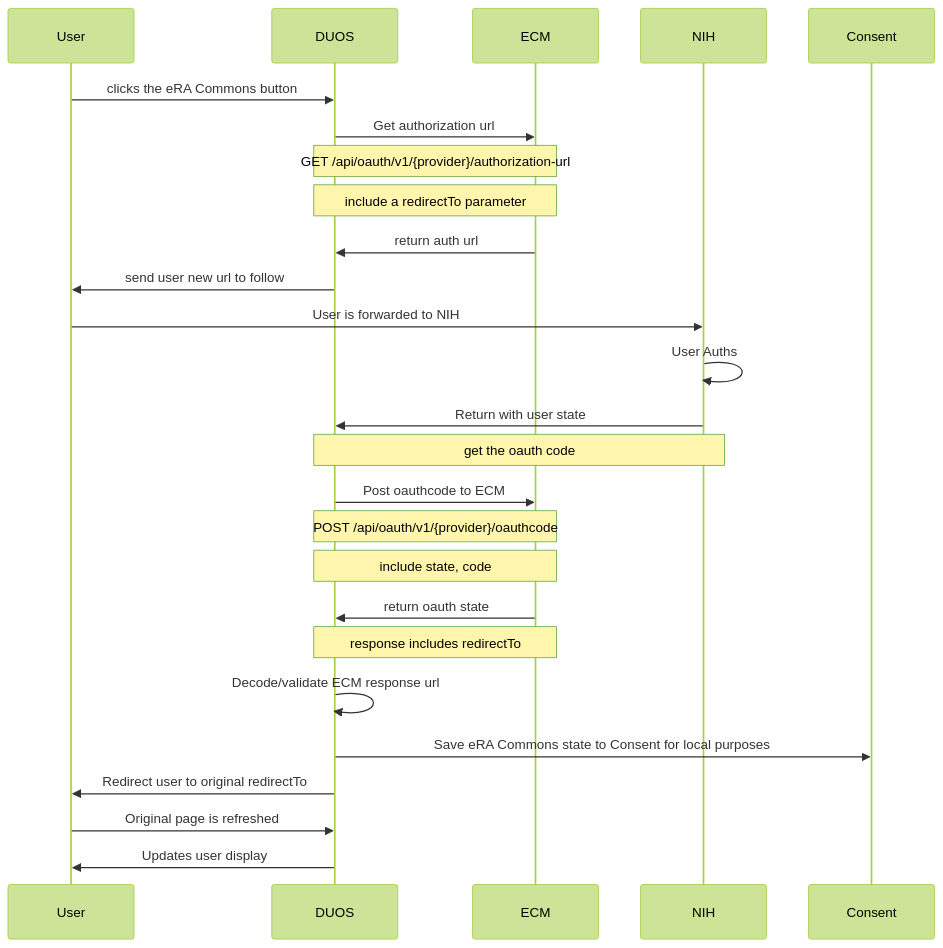
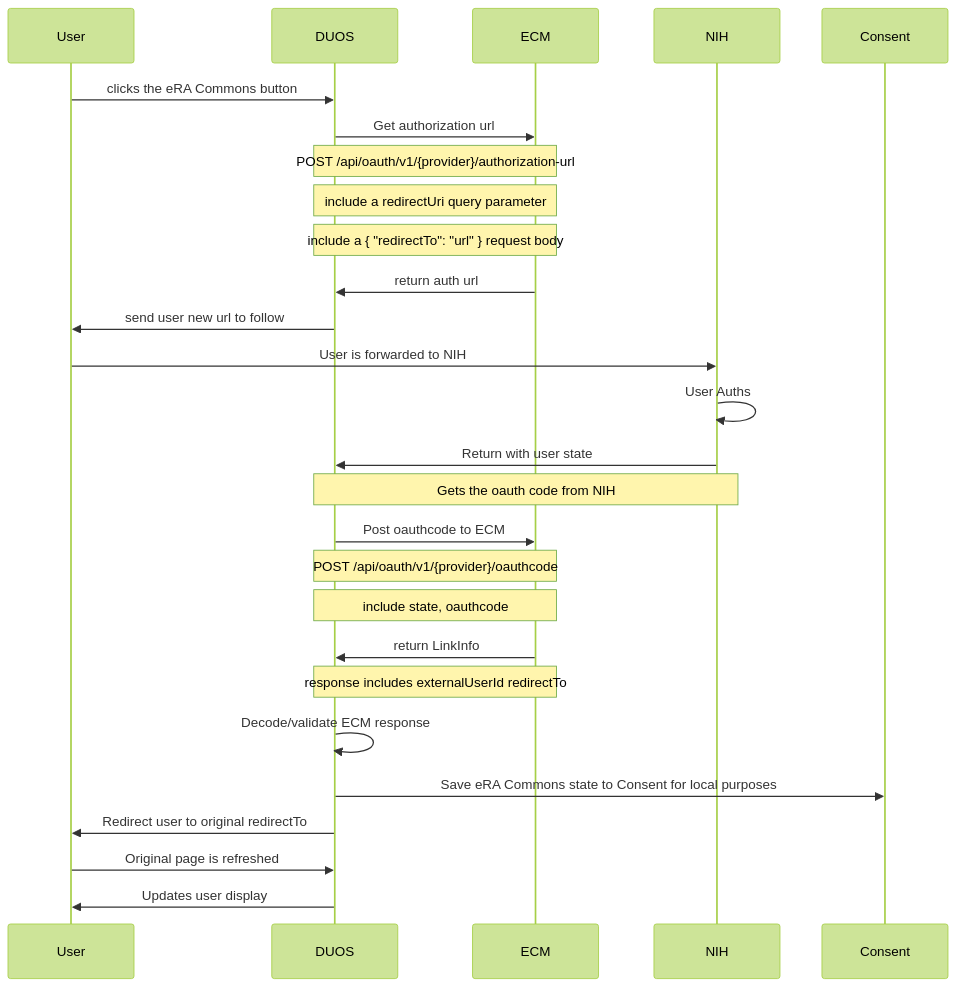
Before and after one commit to DataBiosphere/duos-ui: the diagram in docs/eRA_Commons.md, drawn with Mermaid.

Commit message:
doc: minor doc updates

````diff
--- a/docs/eRA_Commons.md
+++ b/docs/eRA_Commons.md
@@ -11,24 +11,25 @@
 ```mermaid
 %%{init: { 'theme': 'forest' } }%%
 sequenceDiagram
     User ->> DUOS: clicks the eRA Commons button
     DUOS ->> ECM: Get authorization url
-    Note over DUOS, ECM: GET /api/oauth/v1/{provider}/authorization-url
-    Note over DUOS, ECM: include a redirectTo parameter
+    Note over DUOS, ECM: POST /api/oauth/v1/{provider}/authorization-url
+    Note over DUOS, ECM: include a redirectUri query parameter
+    Note over DUOS, ECM: include a { "redirectTo": "url" } request body
     ECM ->> DUOS: return auth url
     DUOS ->> User: send user new url to follow
     User ->> NIH: User is forwarded to NIH
     NIH ->> NIH: User Auths
     NIH ->> DUOS: Return with user state
-    Note over DUOS, NIH: get the oauth code
+    Note over DUOS, NIH: Gets the oauth code from NIH
     DUOS ->> ECM: Post oauthcode to ECM
     Note over DUOS, ECM: POST /api/oauth/v1/{provider}/oauthcode
-    Note over DUOS, ECM: include state, code
-    ECM ->> DUOS: return oauth state
-    Note over ECM, DUOS: response includes redirectTo
-    DUOS ->> DUOS: Decode/validate ECM response url
+    Note over DUOS, ECM: include state, oauthcode
+    ECM ->> DUOS: return LinkInfo
+    Note over ECM, DUOS: response includes externalUserId redirectTo
+    DUOS ->> DUOS: Decode/validate ECM response
     DUOS ->> Consent: Save eRA Commons state to Consent for local purposes
     DUOS ->> User: Redirect user to original redirectTo
     User ->> DUOS: Original page is refreshed
     DUOS ->> User: Updates user display
 ```
````
